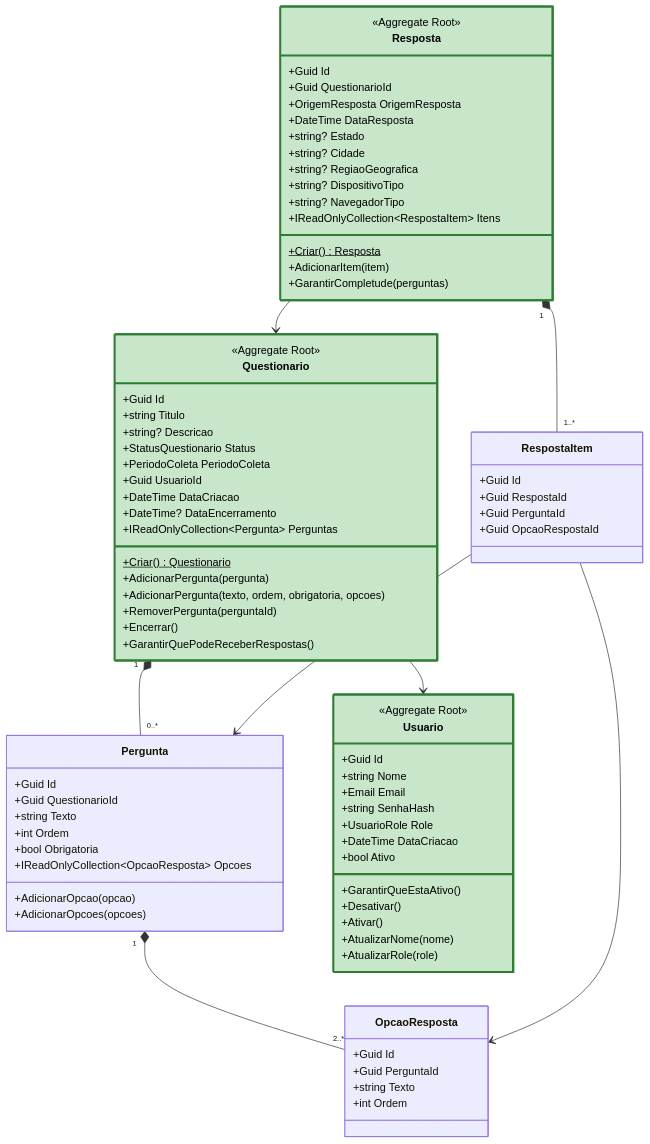
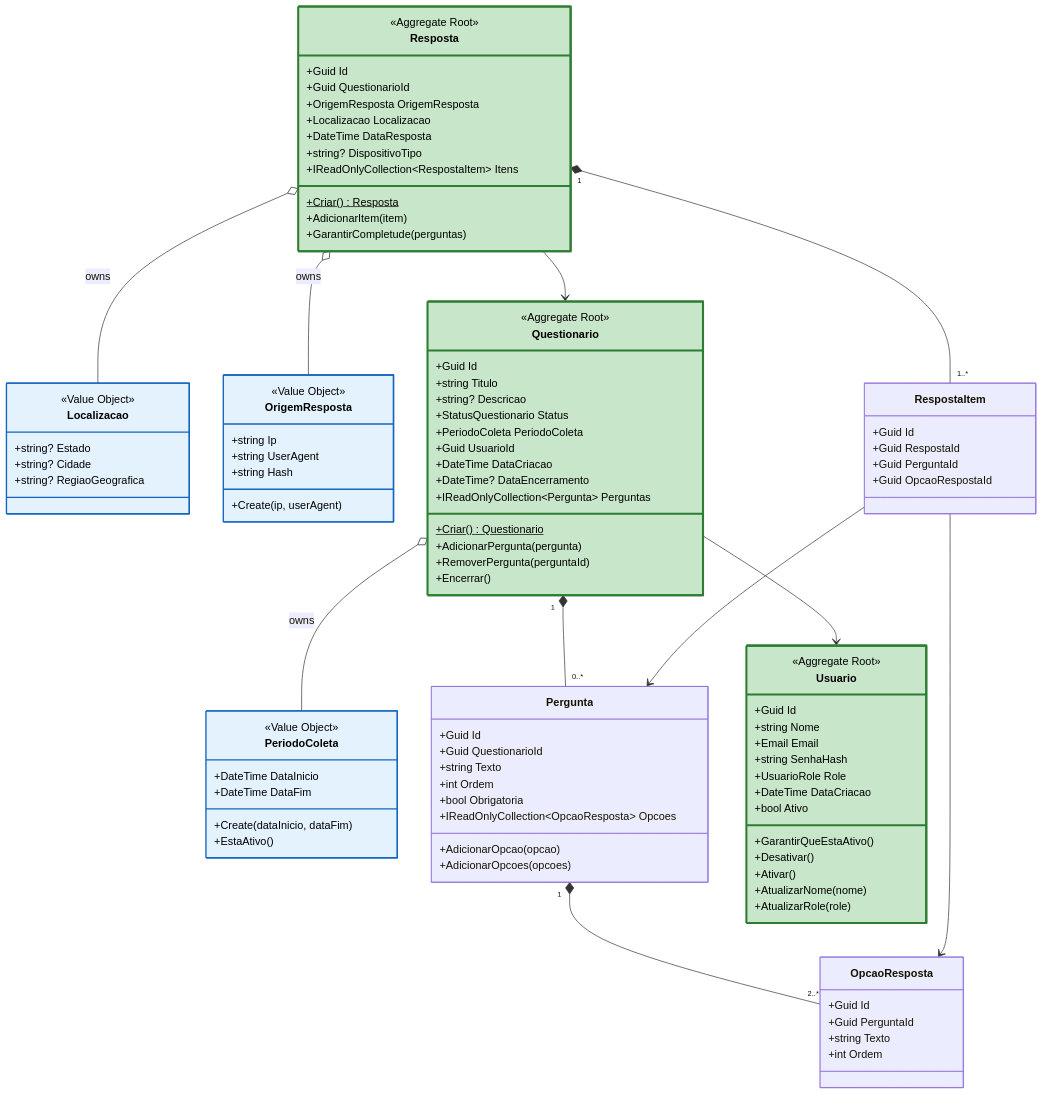
Before and after one commit to LucasEsteves2/QuestionarioOnline_Ifnet: the fourth of 4 diagrams in README.md, drawn with Mermaid.

Commit message:
Ajusta desenhgo
Added Localizacao and PeriodoColeta value objects to the class diagram. Updated relationships and styles for new classes.

````diff
--- a/README.md
+++ b/README.md
@@ -429,91 +429,117 @@
 ```mermaid
 classDiagram
-    class Questionario {
-        <<Aggregate Root>>
-        +Guid Id
-        +string Titulo
-        +string? Descricao
-        +StatusQuestionario Status
-        +PeriodoColeta PeriodoColeta
-        +Guid UsuarioId
-        +DateTime DataCriacao
-        +DateTime? DataEncerramento
-        +IReadOnlyCollection~Pergunta~ Perguntas
-        +Criar()$ Questionario
-        +AdicionarPergunta(pergunta)
-        +AdicionarPergunta(texto, ordem, obrigatoria, opcoes)
-        +RemoverPergunta(perguntaId)
-        +Encerrar()
-        +GarantirQuePodeReceberRespostas()
-    }
 
-    class Pergunta {
-        +Guid Id
-        +Guid QuestionarioId
-        +string Texto
-        +int Ordem
-        +bool Obrigatoria
-        +IReadOnlyCollection~OpcaoResposta~ Opcoes
-        +AdicionarOpcao(opcao)
-        +AdicionarOpcoes(opcoes)
-    }
+class Localizacao {
+    <<Value Object>>
+    +string? Estado
+    +string? Cidade
+    +string? RegiaoGeografica
+}
 
-    class OpcaoResposta {
-        +Guid Id
-        +Guid PerguntaId
-        +string Texto
-        +int Ordem
-    }
+class PeriodoColeta {
+    <<Value Object>>
+    +DateTime DataInicio
+    +DateTime DataFim
+    +Create(dataInicio, dataFim)
+    +EstaAtivo()
+}
 
-    class Resposta {
-        <<Aggregate Root>>
-        +Guid Id
-        +Guid QuestionarioId
-        +OrigemResposta OrigemResposta
-        +DateTime DataResposta
-        +string? Estado
-        +string? Cidade
-        +string? RegiaoGeografica
-        +string? DispositivoTipo
-        +string? NavegadorTipo
-        +IReadOnlyCollection~RespostaItem~ Itens
-        +Criar()$ Resposta
-        +AdicionarItem(item)
-        +GarantirCompletude(perguntas)
-    }
+class OrigemResposta {
+    <<Value Object>>
+    +string Ip
+    +string UserAgent
+    +string Hash
+    +Create(ip, userAgent)
+}
 
-    class RespostaItem {
-        +Guid Id
-        +Guid RespostaId
-        +Guid PerguntaId
-        +Guid OpcaoRespostaId
-    }
+class Questionario {
+    <<Aggregate Root>>
+    +Guid Id
+    +string Titulo
+    +string? Descricao
+    +StatusQuestionario Status
+    +PeriodoColeta PeriodoColeta
+    +Guid UsuarioId
+    +DateTime DataCriacao
+    +DateTime? DataEncerramento
+    +IReadOnlyCollection~Pergunta~ Perguntas
+    +Criar()$ Questionario
+    +AdicionarPergunta(pergunta)
+    +RemoverPergunta(perguntaId)
+    +Encerrar()
+}
 
-    class Usuario {
-        <<Aggregate Root>>
-        +Guid Id
-        +string Nome
-        +Email Email
-        +string SenhaHash
-        +UsuarioRole Role
-        +DateTime DataCriacao
-        +bool Ativo
-        +GarantirQueEstaAtivo()
-        +Desativar()
-        +Ativar()
-        +AtualizarNome(nome)
-        +AtualizarRole(role)
-    }
+class Pergunta {
+    +Guid Id
+    +Guid QuestionarioId
+    +string Texto
+    +int Ordem
+    +bool Obrigatoria
+    +IReadOnlyCollection~OpcaoResposta~ Opcoes
+    +AdicionarOpcao(opcao)
+    +AdicionarOpcoes(opcoes)
+}
 
-    Questionario "1" *-- "0..*" Pergunta
-    Pergunta "1" *-- "2..*" OpcaoResposta
-    Resposta "1" *-- "1..*" RespostaItem
-    Questionario --> Usuario
-    Resposta --> Questionario
-    RespostaItem --> Pergunta
-    RespostaItem --> OpcaoResposta
+class OpcaoResposta {
+    +Guid Id
+    +Guid PerguntaId
+    +string Texto
+    +int Ordem
+}
 
-    style Questionario fill:#c8e6c9,stroke:#2e7d32,stroke-width:3px,color:#000
-    style Resposta fill:#c8e6c9,stroke:#2e7d32,stroke-width:3px,color:#000
-    style Usuario fill:#c8e6c9,stroke:#2e7d32,stroke-width:3px,color:#000
+class Resposta {
+    <<Aggregate Root>>
+    +Guid Id
+    +Guid QuestionarioId
+    +OrigemResposta OrigemResposta
+    +Localizacao Localizacao
+    +DateTime DataResposta
+    +string? DispositivoTipo
+    +IReadOnlyCollection~RespostaItem~ Itens
+    +Criar()$ Resposta
+    +AdicionarItem(item)
+    +GarantirCompletude(perguntas)
+}
+
+class RespostaItem {
+    +Guid Id
+    +Guid RespostaId
+    +Guid PerguntaId
+    +Guid OpcaoRespostaId
+}
+
+class Usuario {
+    <<Aggregate Root>>
+    +Guid Id
+    +string Nome
+    +Email Email
+    +string SenhaHash
+    +UsuarioRole Role
+    +DateTime DataCriacao
+    +bool Ativo
+    +GarantirQueEstaAtivo()
+    +Desativar()
+    +Ativar()
+    +AtualizarNome(nome)
+    +AtualizarRole(role)
+}
+
+Questionario "1" *-- "0..*" Pergunta
+Pergunta "1" *-- "2..*" OpcaoResposta
+Questionario o-- PeriodoColeta : owns
+Resposta "1" *-- "1..*" RespostaItem
+Resposta o-- Localizacao : owns
+Resposta o-- OrigemResposta : owns
+Questionario --> Usuario
+Resposta --> Questionario
+RespostaItem --> Pergunta
+RespostaItem --> OpcaoResposta
+
+style Questionario fill:#c8e6c9,stroke:#2e7d32,stroke-width:3px,color:#000
+style Resposta fill:#c8e6c9,stroke:#2e7d32,stroke-width:3px,color:#000
+style Usuario fill:#c8e6c9,stroke:#2e7d32,stroke-width:3px,color:#000
+style Localizacao fill:#e3f2fd,stroke:#1565c0,stroke-width:2px,color:#000
+style PeriodoColeta fill:#e3f2fd,stroke:#1565c0,stroke-width:2px,color:#000
+style OrigemResposta fill:#e3f2fd,stroke:#1565c0,stroke-width:2px,color:#000
+
 ```
````
